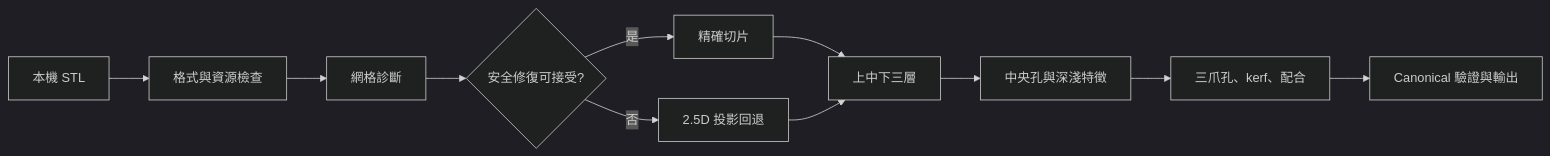
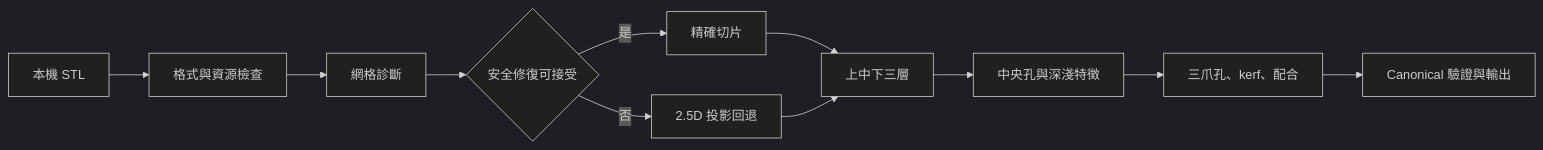
Before and after one commit to YuenHK/ShapeCut: the second of 2 diagrams in README.md, drawn with Mermaid (dark theme). The commit also changed other lines of this file and 1 other file, not shown here.

Commit message:
docs: adopt MIT license and repair architecture diagrams

````diff
--- a/README.md
+++ b/README.md
@@ -85,13 +85,13 @@
 ```mermaid
 flowchart LR
-    A[本機 STL] --> B[格式與資源檢查]
-    B --> C[網格診斷]
-    C --> D{安全修復可接受?}
-    D -->|是| E[精確切片]
-    D -->|否| F[2.5D 投影回退]
-    E --> G[上中下三層]
+    A["本機 STL"] --> B["格式與資源檢查"]
+    B --> C["網格診斷"]
+    C --> D{"安全修復可接受"}
+    D -->|"是"| E["精確切片"]
+    D -->|"否"| F["2.5D 投影回退"]
+    E --> G["上中下三層"]
     F --> G
-    G --> H[中央孔與深淺特徵]
-    H --> I[三爪孔、kerf、配合]
-    I --> J[Canonical 驗證與輸出]
+    G --> H["中央孔與深淺特徵"]
+    H --> I["三爪孔、kerf、配合"]
+    I --> J["Canonical 驗證與輸出"]
 ```
````
